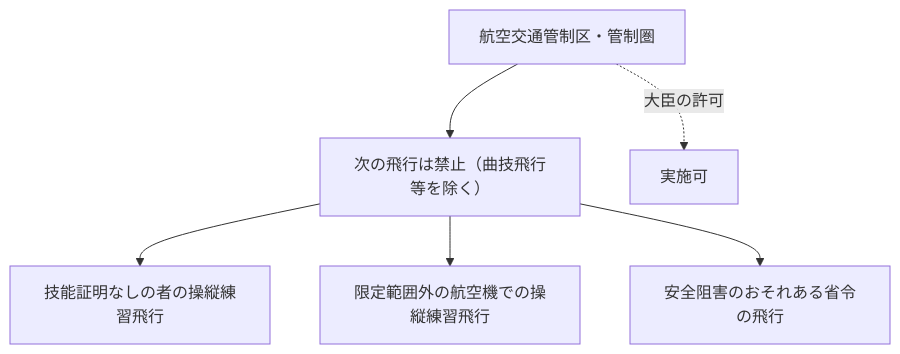
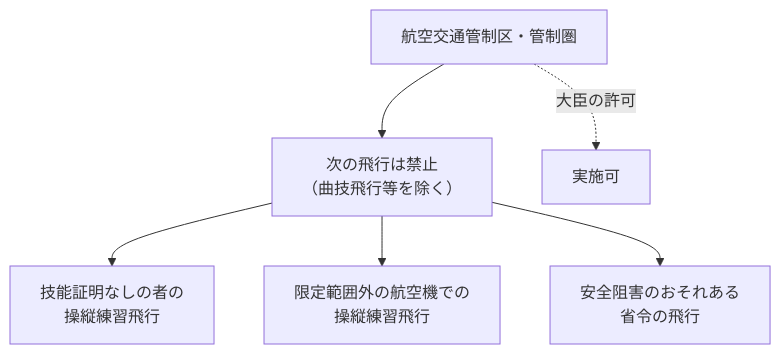
Before and after one commit to yonemotoBB/pil: diagram 24 of 30 in chapters/06_第六章.md, drawn with Mermaid. The commit also changed other lines of this file, not shown here.

````diff
--- a/chapters/06_第六章.md
+++ b/chapters/06_第六章.md
@@ -1324,8 +1324,8 @@
 ```mermaid
 flowchart TD
-  A["航空交通管制区・管制圏"] --> B["次の飛行は禁止（曲技飛行等を除く）"]
-  B --> C["技能証明なしの者の操縦練習飛行"]
-  B --> Dd["限定範囲外の航空機での操縦練習飛行"]
-  B --> E["安全阻害のおそれある省令の飛行"]
+  A["航空交通管制区・管制圏"] --> B["次の飛行は禁止<br>（曲技飛行等を除く）"]
+  B --> C["技能証明なしの者の<br>操縦練習飛行"]
+  B --> Dd["限定範囲外の航空機での<br>操縦練習飛行"]
+  B --> E["安全阻害のおそれある<br>省令の飛行"]
   A -. 大臣の許可 .-> F["実施可"]
 ```
````
